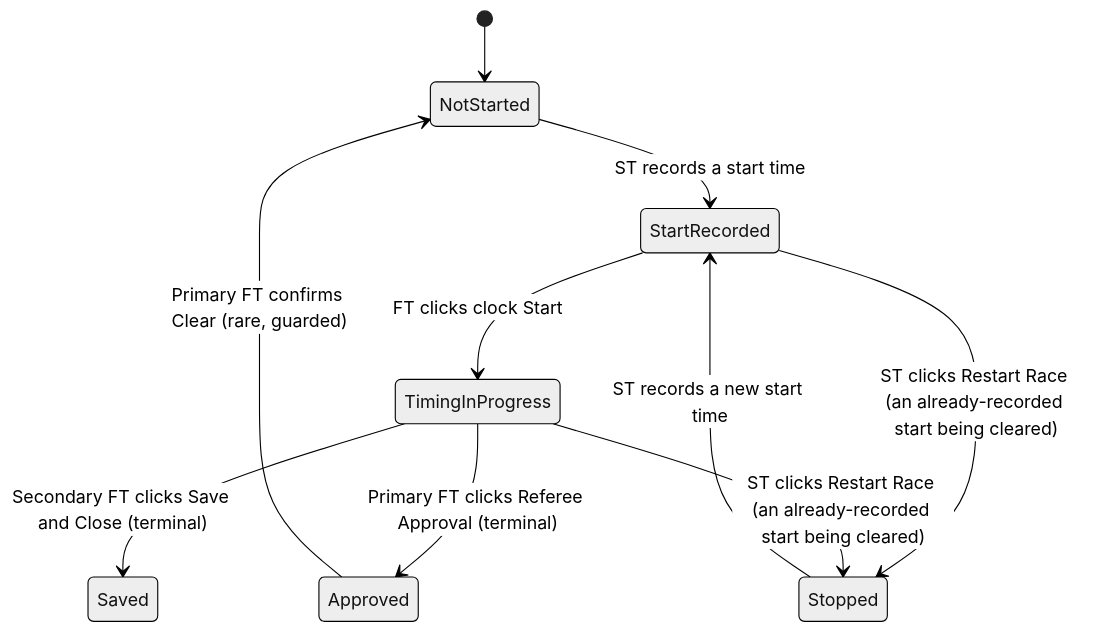
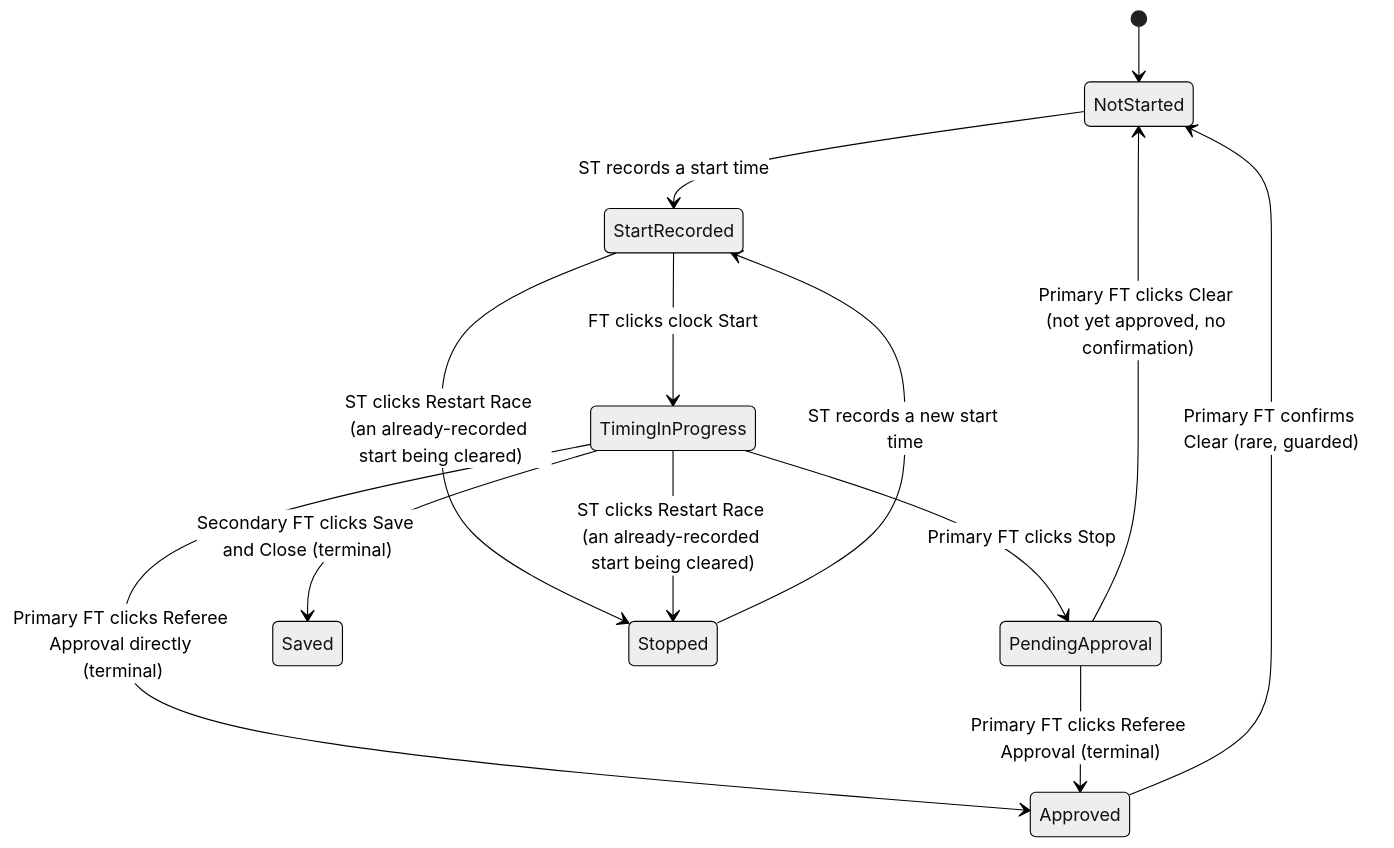
Before and after one commit to comagnaw/regattaClock: the second of 4 diagrams in docs/features/personas/race-state-machine.md, drawn with Mermaid (neutral theme). The commit also changed other lines of this file and 6 other files, not shown here.

````diff
--- a/docs/features/personas/race-state-machine.md
+++ b/docs/features/personas/race-state-machine.md
@@ -65,12 +71,15 @@
 ```mermaid
 stateDiagram-v2
     [*] --> NotStarted
     NotStarted --> StartRecorded: ST records a start time
     StartRecorded --> TimingInProgress: FT clicks clock Start
+    TimingInProgress --> PendingApproval: Primary FT clicks Stop
+    TimingInProgress --> Approved: Primary FT clicks Referee Approval directly (terminal)
+    PendingApproval --> Approved: Primary FT clicks Referee Approval (terminal)
     TimingInProgress --> Saved: Secondary FT clicks Save and Close (terminal)
-    TimingInProgress --> Approved: Primary FT clicks Referee Approval (terminal)
     Approved --> NotStarted: Primary FT confirms Clear (rare, guarded)
+    PendingApproval --> NotStarted: Primary FT clicks Clear (not yet approved, no confirmation)
     StartRecorded --> Stopped: ST clicks Restart Race (an already-recorded start being cleared)
     TimingInProgress --> Stopped: ST clicks Restart Race (an already-recorded start being cleared)
     Stopped --> StartRecorded: ST records a new start time
 ```
````
